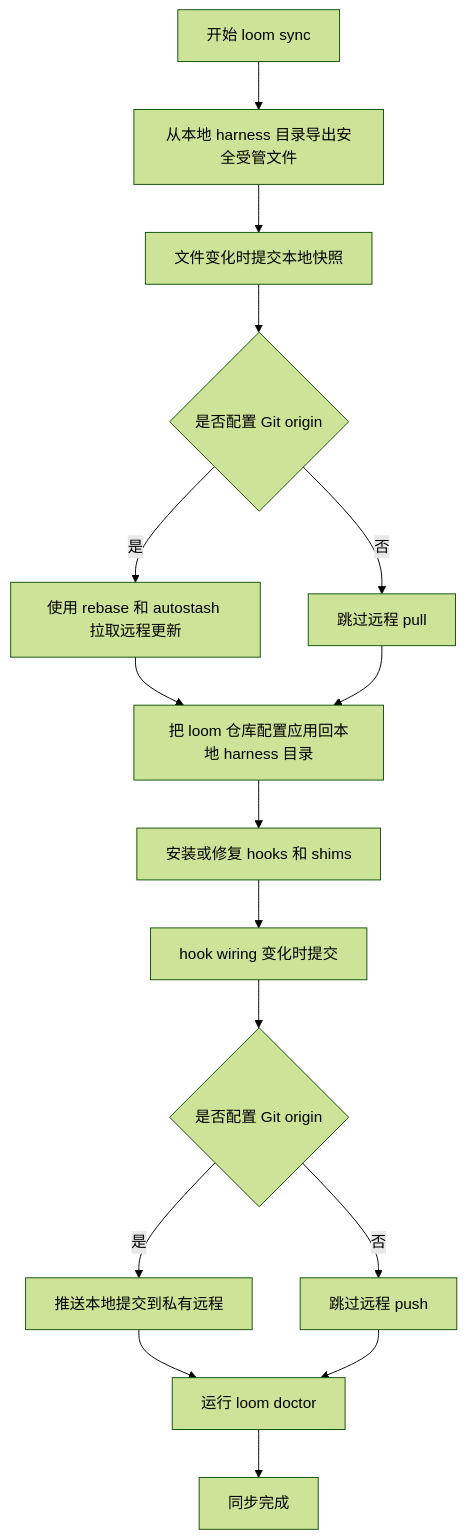
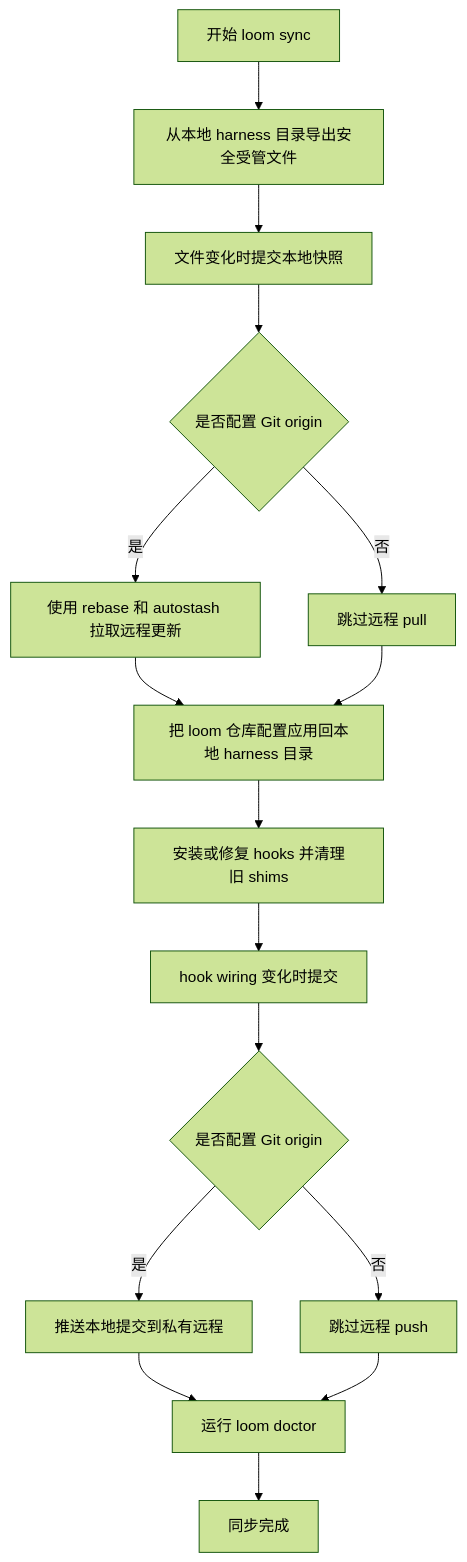
One commit to yhyzgn/loom changed the second of 3 diagrams in README.zh-CN.md. Above: the diagram before and after it, drawn with Mermaid (forest theme). The commit also changed other lines of this file and 2 other files, not shown here.

Commit message:
loom: auto-clean legacy command shims

````diff
--- a/README.zh-CN.md
+++ b/README.zh-CN.md
@@ -117,23 +117,23 @@
 ```mermaid
 flowchart TD
   A[开始 loom sync] --> B[从本地 harness 目录导出安全受管文件]
   B --> C[文件变化时提交本地快照]
   C --> D{是否配置 Git origin}
 
   D -->|是| E[使用 rebase 和 autostash 拉取远程更新]
   D -->|否| F[跳过远程 pull]
 
   E --> G[把 loom 仓库配置应用回本地 harness 目录]
   F --> G
 
-  G --> H[安装或修复 hooks 和 shims]
+  G --> H[安装或修复 hooks 并清理旧 shims]
   H --> I[hook wiring 变化时提交]
   I --> J{是否配置 Git origin}
 
   J -->|是| K[推送本地提交到私有远程]
   J -->|否| L[跳过远程 push]
 
   K --> M[运行 loom doctor]
   L --> M
   M --> N[同步完成]
 ```
````
